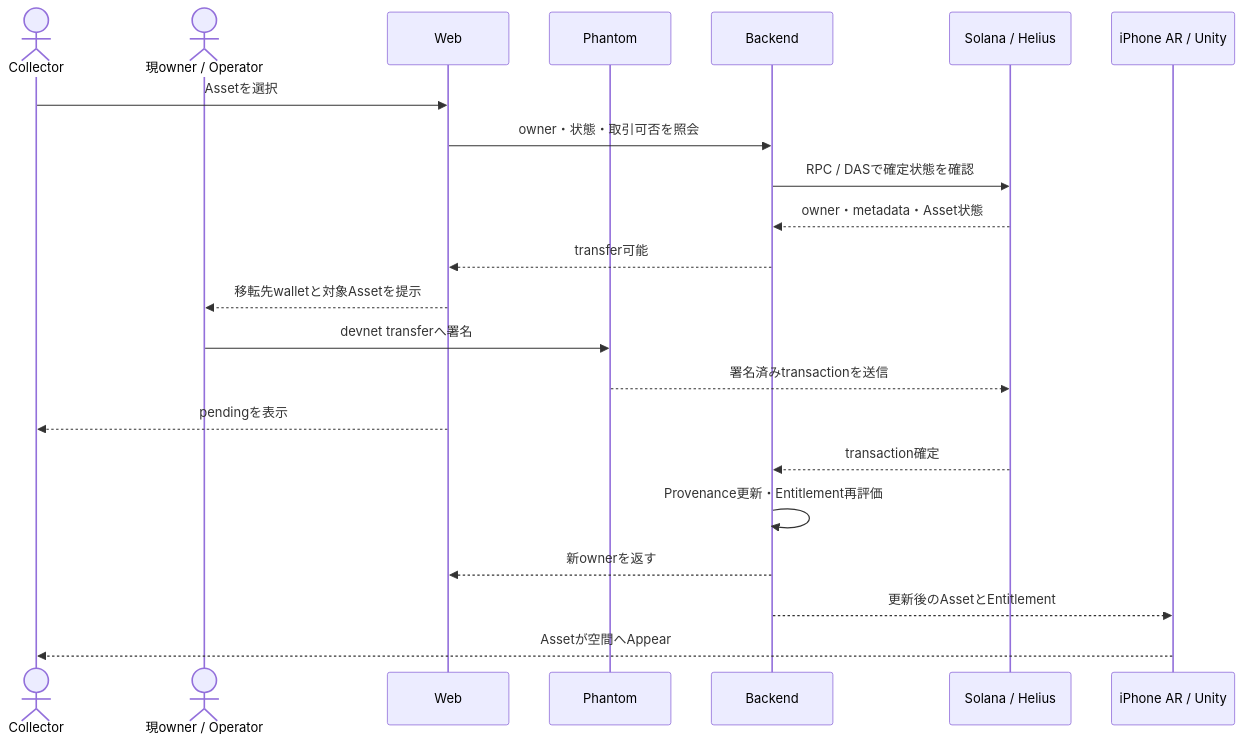
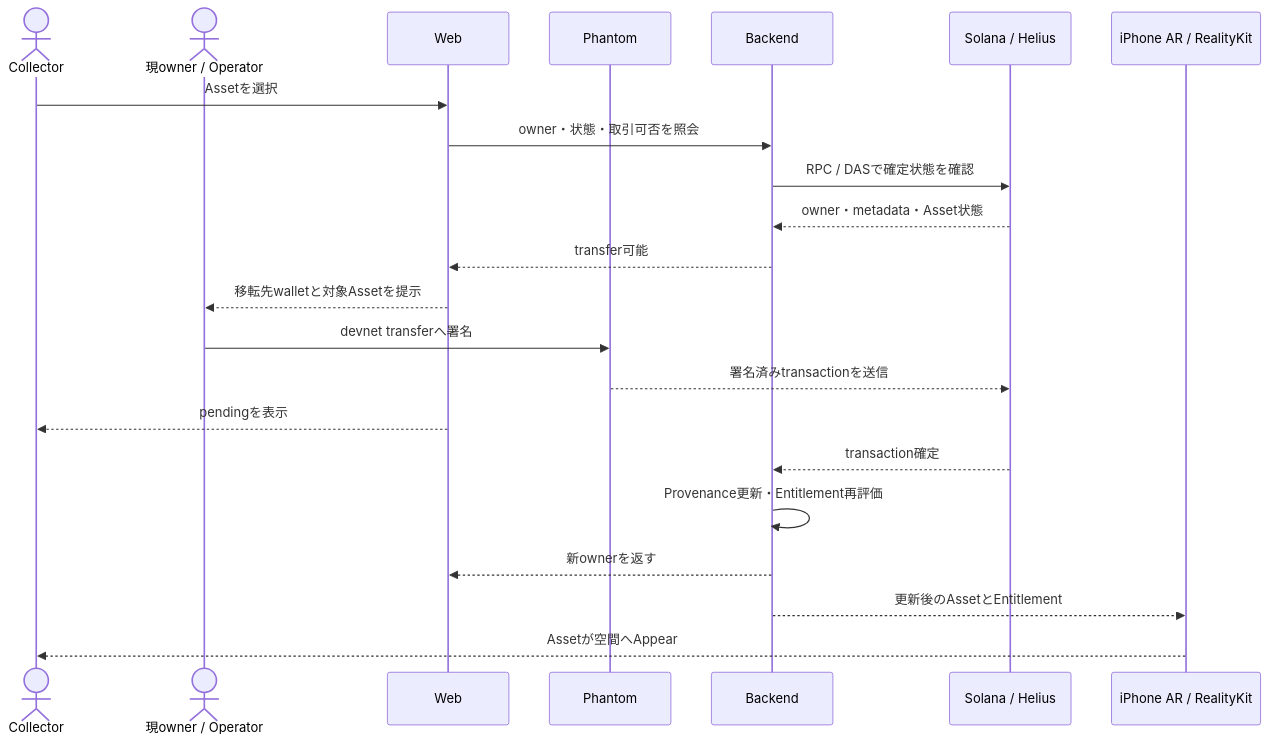
The third of 3 diagrams in docs/architecture.md (arisanari/twinfold), drawn with Mermaid before and after one commit. The commit also changed other lines of this file and 4 other files, not shown here.

First line of the commit message:
docs: switch spatial client to SwiftUI + RealityKit, revise schedule

````diff
--- a/docs/architecture.md
+++ b/docs/architecture.md
@@ -151,25 +151,25 @@
 ```mermaid
 sequenceDiagram
     actor Collector
     actor Operator as 現owner / Operator
     participant Web
     participant Phantom
     participant Backend
     participant Solana as Solana / Helius
-    participant Spatial as iPhone AR / Unity
+    participant Spatial as iPhone AR / RealityKit
 
     Collector->>Web: Assetを選択
     Web->>Backend: owner・状態・取引可否を照会
     Backend->>Solana: RPC / DASで確定状態を確認
     Solana-->>Backend: owner・metadata・Asset状態
     Backend-->>Web: transfer可能
     Web-->>Operator: 移転先walletと対象Assetを提示
     Operator->>Phantom: devnet transferへ署名
     Phantom-->>Solana: 署名済みtransactionを送信
     Web-->>Collector: pendingを表示
     Solana-->>Backend: transaction確定
     Backend->>Backend: Provenance更新・Entitlement再評価
     Backend-->>Web: 新ownerを返す
     Backend-->>Spatial: 更新後のAssetとEntitlement
     Spatial-->>Collector: Assetが空間へAppear
 ```
````
